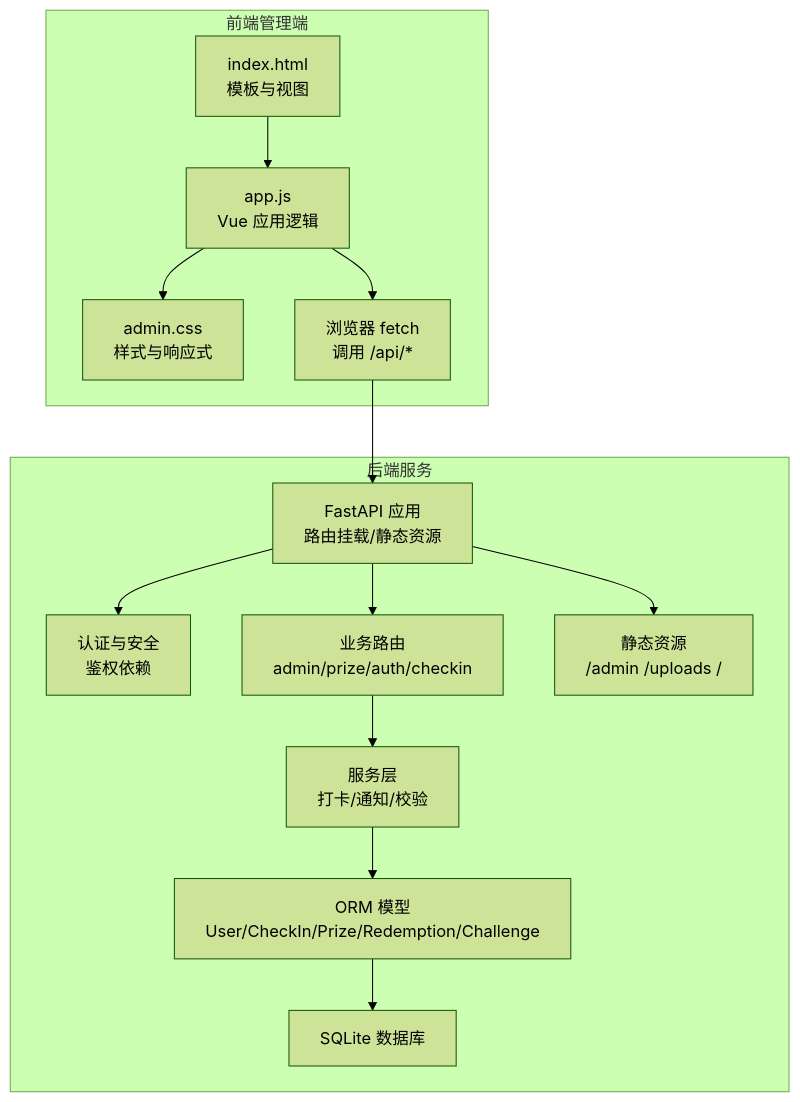
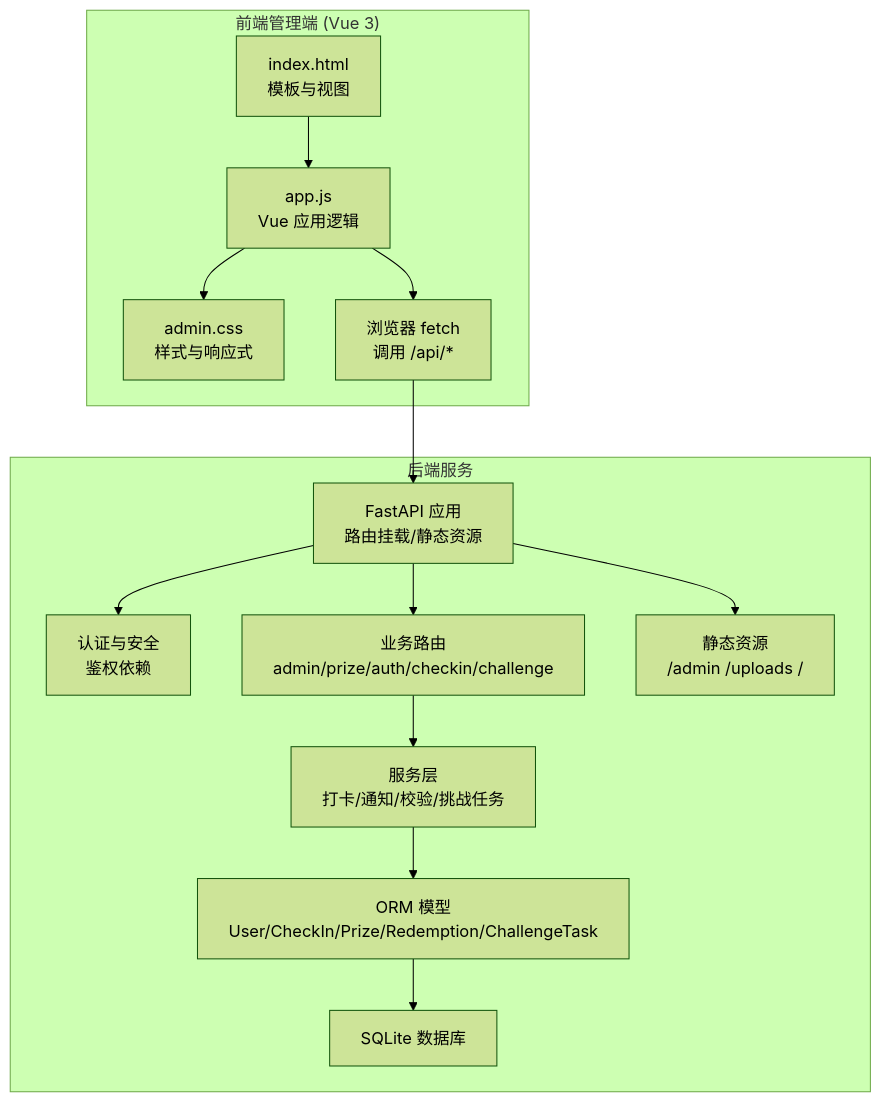
The first of 8 diagrams in .qoder/repowiki/zh/content/暑假作业打卡系统/前端应用设计/管理后台应用.md (onebody/homework), drawn with Mermaid (forest theme) before and after one commit. The commit also changed other lines of this file and 15 other files, not shown here.

````diff
--- a/.qoder/repowiki/zh/content/暑假作业打卡系统/前端应用设计/管理后台应用.md
+++ b/.qoder/repowiki/zh/content/暑假作业打卡系统/前端应用设计/管理后台应用.md
@@ -42,17 +55,17 @@
 ```mermaid
 graph TB
 subgraph "后端服务"
 A["FastAPI 应用<br/>路由挂载/静态资源"] --> B["认证与安全<br/>鉴权依赖"]
-A --> C["业务路由<br/>admin/prize/auth/checkin"]
-C --> D["服务层<br/>打卡/通知/校验"]
-D --> E["ORM 模型<br/>User/CheckIn/Prize/Redemption/Challenge"]
+A --> C["业务路由<br/>admin/prize/auth/checkin/challenge"]
+C --> D["服务层<br/>打卡/通知/校验/挑战任务"]
+D --> E["ORM 模型<br/>User/CheckIn/Prize/Redemption/ChallengeTask"]
 E --> F["SQLite 数据库"]
 A --> G["静态资源<br/>/admin /uploads /"]
 end
-subgraph "前端管理端"
+subgraph "前端管理端 (Vue 3)"
 H["index.html<br/>模板与视图"] --> I["app.js<br/>Vue 应用逻辑"]
 I --> J["admin.css<br/>样式与响应式"]
 I --> K["浏览器 fetch<br/>调用 /api/*"]
 end
 K --> A
 ```
````
